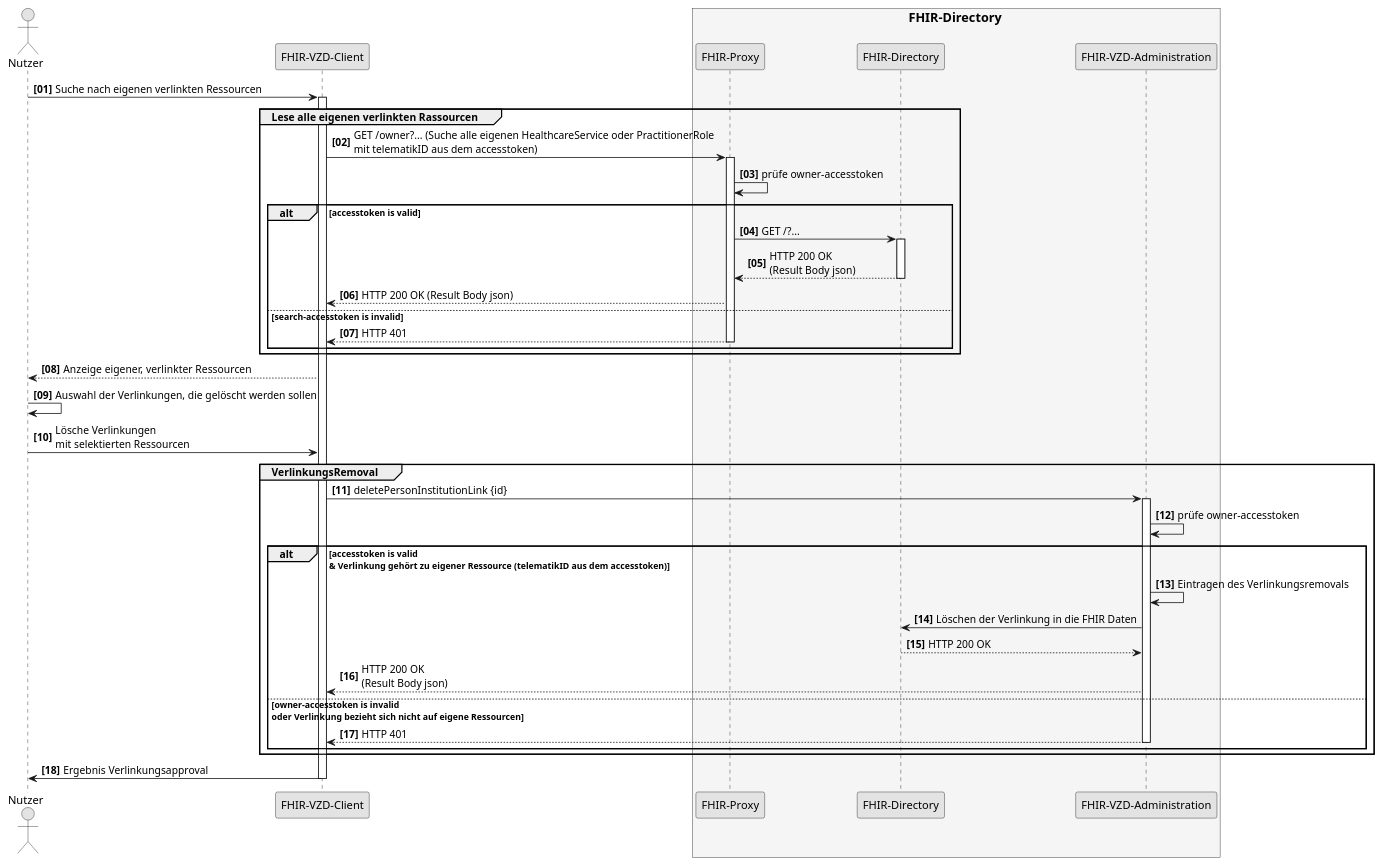
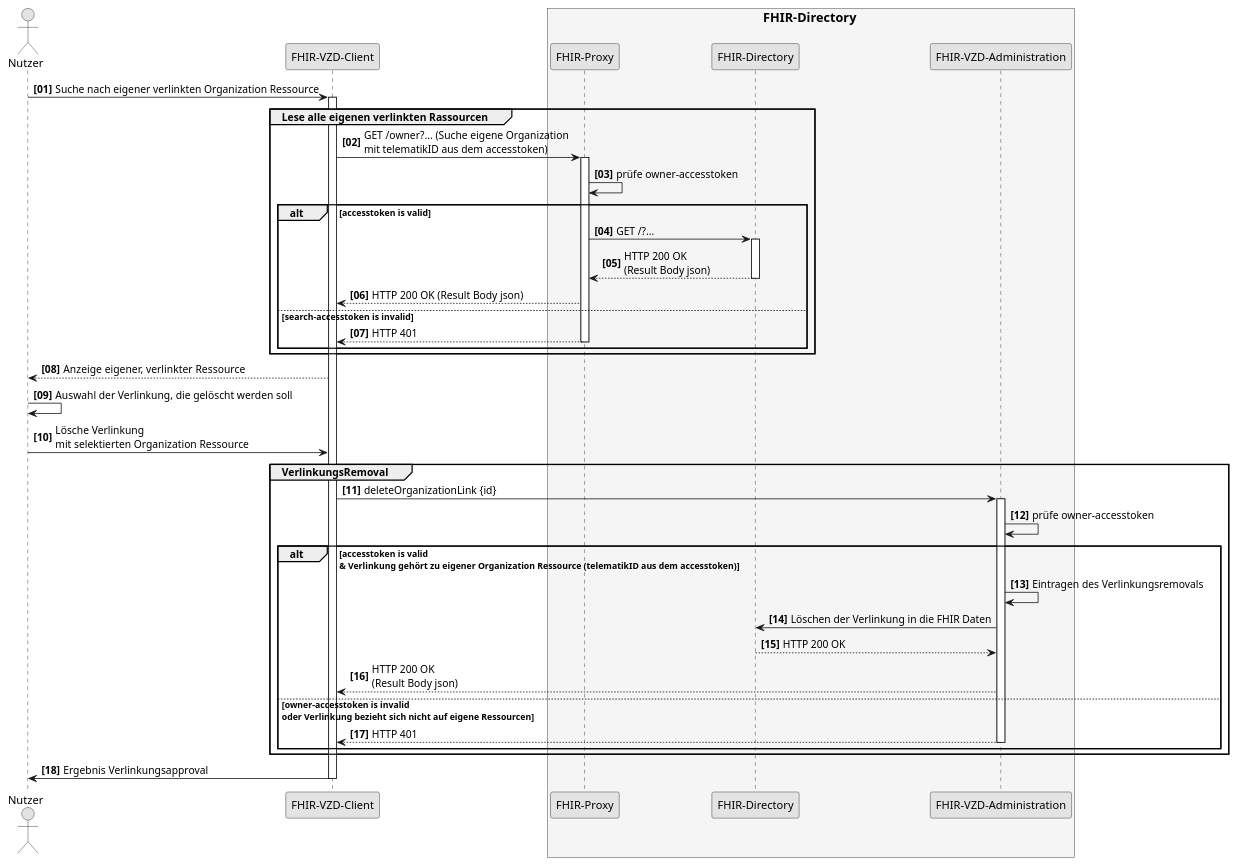
One commit to gematik/api-vzd changed the diagram in src/plantuml/SequenceDiagram.FHIR_AF_10477_deleteLink.puml. Above: the diagram before and after it, drawn with PlantUML.

```diff
--- a/src/plantuml/SequenceDiagram.FHIR_AF_10477_deleteLink.puml
+++ b/src/plantuml/SequenceDiagram.FHIR_AF_10477_deleteLink.puml
@@ -1,62 +1,62 @@
 @startuml SequenceDiagram.FHIR-Directory.linkRemoval
 skinparam dpi 100
 skinparam WrapWidth 200
 skinparam monochrome true
 autonumber "<b>[00]"
 
-'title "FHIR-Directory, Sequenzdiagram link removal'
+'title "FHIR-Directory, Sequenzdiagram Löschen einer Verlinkung von zwei Organisationen mit verschiedenen Telematik-IDs'
 actor Nutzer
 participant cl as "FHIR-VZD-Client"
 box <size:16>FHIR-Directory</size> #WhiteSmoke
   participant fp as "FHIR-Proxy"
   participant fd as "FHIR-Directory"
   participant fa as "FHIR-VZD-Administration"
 end box
 
-Nutzer -> cl:Suche nach eigenen verlinkten Ressourcen
+Nutzer -> cl:Suche nach eigener verlinkten Organization Ressource
 activate cl
 
 
 group Lese alle eigenen verlinkten Rassourcen
-  cl -> fp: GET /owner?... (Suche alle eigenen HealthcareService oder PractitionerRole \nmit telematikID aus dem accesstoken)
+  cl -> fp: GET /owner?... (Suche eigene Organization \nmit telematikID aus dem accesstoken)
   activate fp
   fp -> fp: prüfe owner-accesstoken
 
     alt accesstoken is valid
       fp -> fd: GET /?...
       activate fd
       fd --> fp: HTTP 200 OK\n(Result Body json)
       deactivate fd
       fp --> cl: HTTP 200 OK (Result Body json)
      else search-accesstoken is invalid
       fp --> cl: HTTP 401
       deactivate fp
      end
 end
 
-cl --> Nutzer:Anzeige eigener, verlinkter Ressourcen 
-Nutzer -> Nutzer: Auswahl der Verlinkungen, die gelöscht werden sollen
-Nutzer -> cl: Lösche Verlinkungen \nmit selektierten Ressourcen
+cl --> Nutzer:Anzeige eigener, verlinkter Ressource 
+Nutzer -> Nutzer: Auswahl der Verlinkung, die gelöscht werden soll
+Nutzer -> cl: Lösche Verlinkung \nmit selektierten Organization Ressource
 
 group VerlinkungsRemoval
-  cl -> fa: deletePersonInstitutionLink {id}
+  cl -> fa: deleteOrganizationLink {id}
   activate fa
   fa -> fa: prüfe owner-accesstoken
 
-    alt accesstoken is valid \n& Verlinkung gehört zu eigener Ressource (telematikID aus dem accesstoken)
+    alt accesstoken is valid \n& Verlinkung gehört zu eigener Organization Ressource (telematikID aus dem accesstoken)
       fa -> fa: Eintragen des Verlinkungsremovals
       fa -> fd: Löschen der Verlinkung in die FHIR Daten
       fd --> fa: HTTP 200 OK
       fa --> cl: HTTP 200 OK\n(Result Body json)
       
      else owner-accesstoken is invalid\noder Verlinkung bezieht sich nicht auf eigene Ressourcen
       fa --> cl: HTTP 401
       deactivate fa
      end
 end
 
 cl -> Nutzer: Ergebnis Verlinkungsapproval
 
 deactivate cl
 
 @enduml
```
